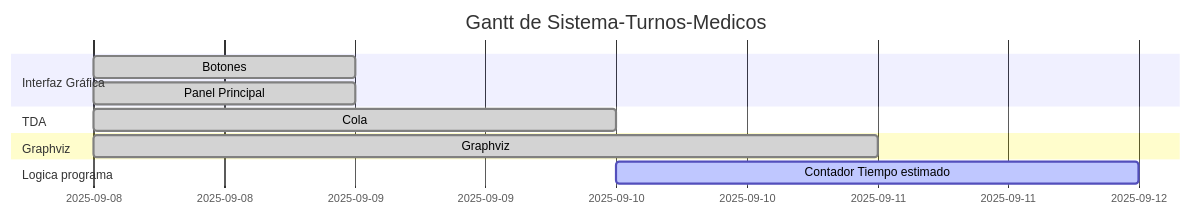
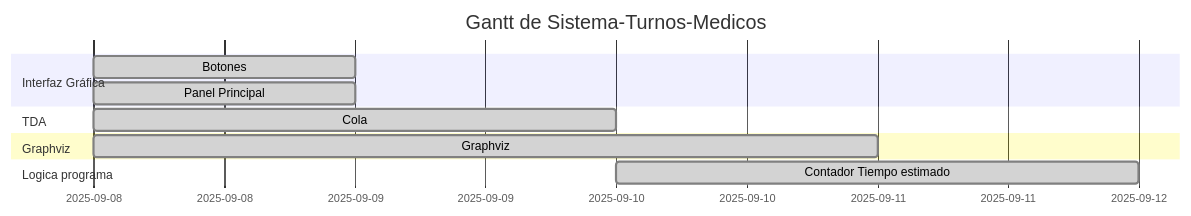
The diagram in docs/gantt.md (MynorCifuentes/Sistema-Turnos-Medicos), drawn with Mermaid before and after one commit.

Commit message:
Actualiza diagrama de Gantt automático

````diff
--- a/docs/gantt.md
+++ b/docs/gantt.md
@@ -1,15 +1,15 @@
 ```mermaid
 gantt
     dateFormat  YYYY-MM-DD
     title Gantt de Sistema-Turnos-Medicos
     excludes    weekends
     section Interfaz Gráfica
     Botones :done, 2, 2025-09-08, 2025-09-09
     Panel Principal :done, 1, 2025-09-08, 2025-09-09
     section TDA
     Cola :done, 3, 2025-09-08, 2025-09-10
     section Graphviz
     Graphviz :done, 4, 2025-09-08, 2025-09-11
     section Logica programa
-    Contador Tiempo estimado :active, 5, 2025-09-10, 2025-09-12
+    Contador Tiempo estimado :done, 5, 2025-09-10, 2025-09-12
 ```
````
